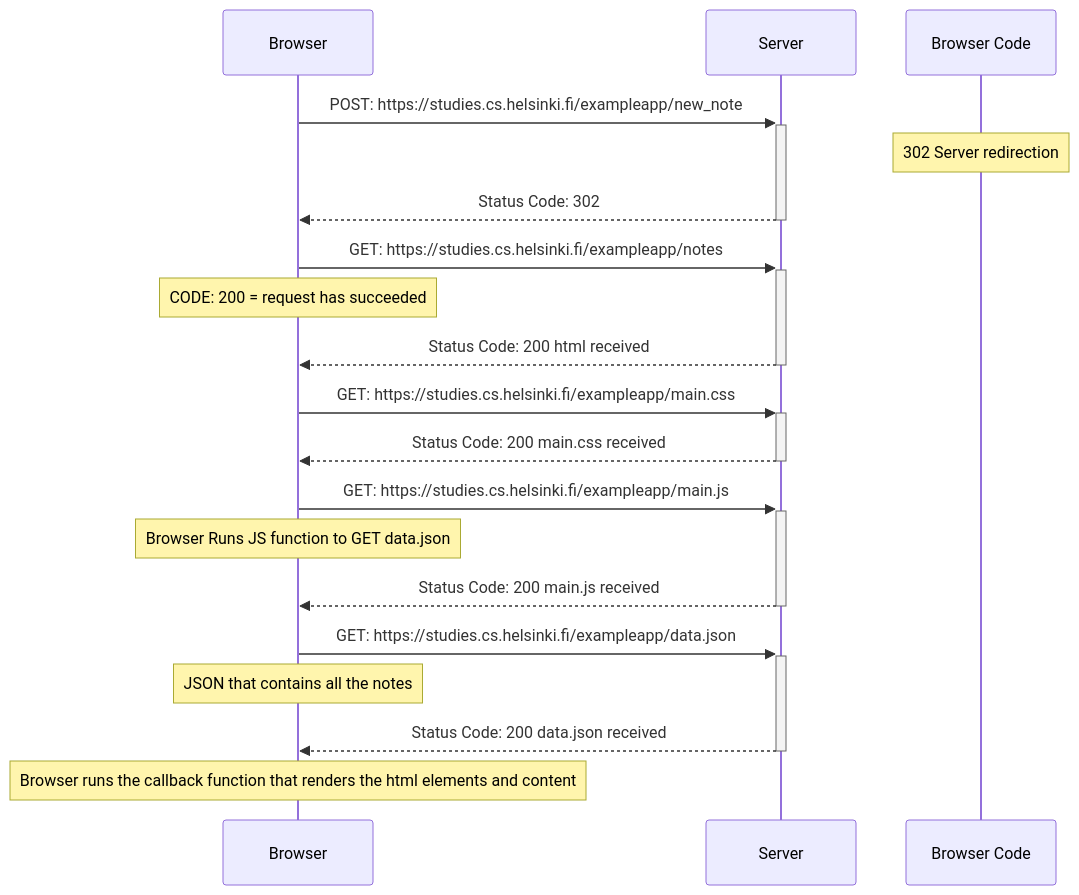
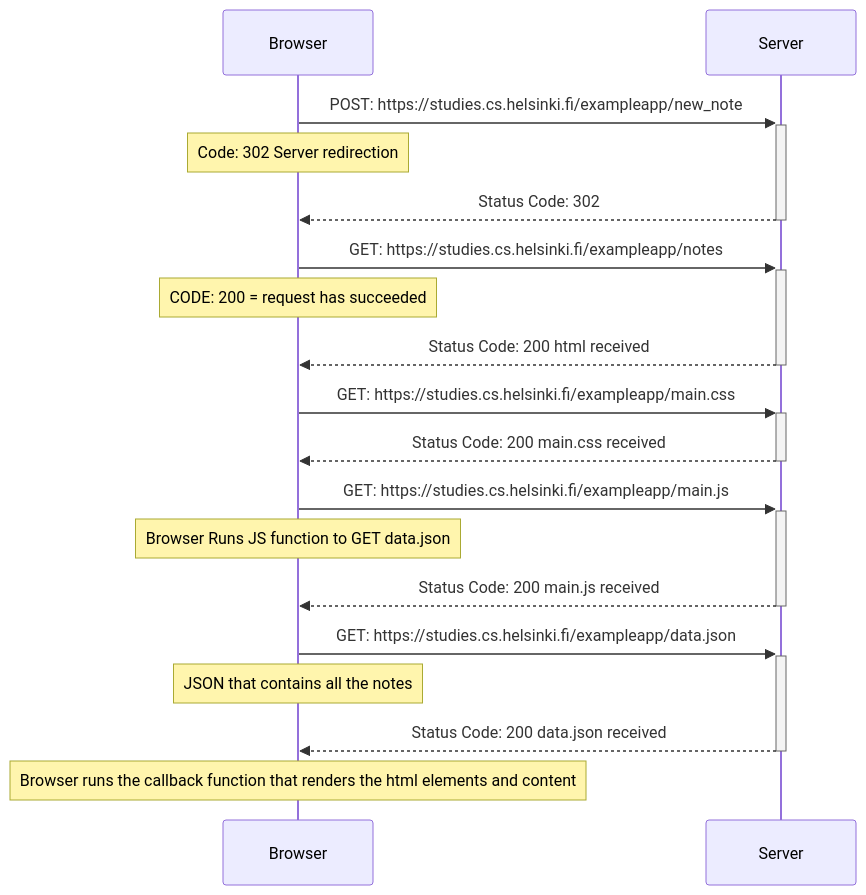
Before and after one commit to BrunoLadiv/FullStackOpen-Helsinki-University: the diagram in part0/0.4.md, drawn with Mermaid.

````diff
--- a/part0/0.4.md
+++ b/part0/0.4.md
@@ -3,33 +3,33 @@
 ```mermaid
 sequenceDiagram
 
 Browser->>+Server: POST: https://studies.cs.helsinki.fi/exampleapp/new_note
 
-Note  over  Browser Code: 302 Server redirection
+Note  over  Browser: Code: 302 Server redirection
 
 Server-->>-Browser: Status  Code: 302
 
 Browser->>+Server: GET: https://studies.cs.helsinki.fi/exampleapp/notes
 
 Note  over  Browser: CODE: 200 = request has succeeded
 
 Server-->>-Browser: Status  Code: 200 html received
 
 Browser->>+Server: GET: https://studies.cs.helsinki.fi/exampleapp/main.css
 
 Server-->>-Browser: Status  Code: 200 main.css received
 
 Browser->>+Server: GET: https://studies.cs.helsinki.fi/exampleapp/main.js
 
 Note  over  Browser: Browser Runs JS function to GET data.json
 
 Server-->>-Browser: Status  Code: 200 main.js received
 
 Browser->>+Server: GET: https://studies.cs.helsinki.fi/exampleapp/data.json
 
 Note  over  Browser: JSON that contains all the notes
 
 Server-->>-Browser: Status  Code: 200 data.json received
 
 Note  over Browser: Browser runs the callback function that renders the html elements and content
 ```
````
